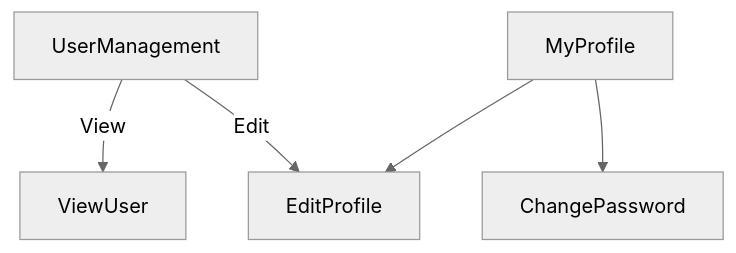
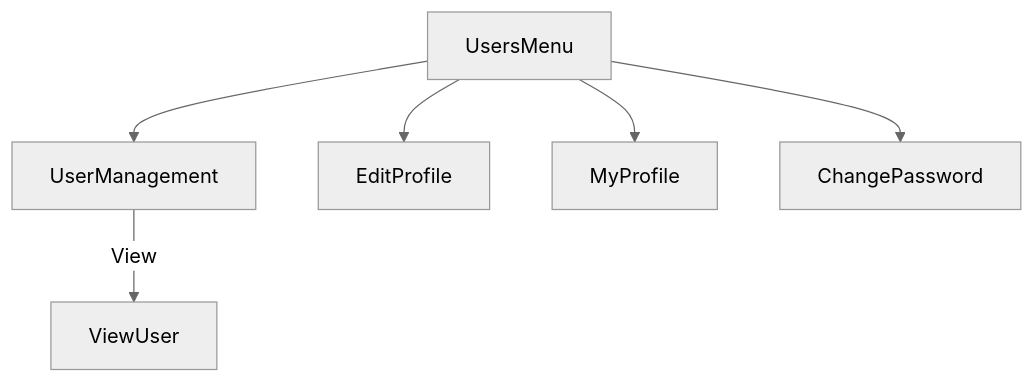
One commit to Enesbakkal/ReactBattleArena changed the third of 6 diagrams in CHECKPOINT.md. Above: the diagram before and after it, drawn with Mermaid (neutral theme). The commit also changed other lines of this file and 12 other files, not shown here.

````diff
--- a/CHECKPOINT.md
+++ b/CHECKPOINT.md
@@ -69,12 +71,14 @@
 ```mermaid
 flowchart TD
   tablo[UserManagement]
   view[ViewUser]
   edit[EditProfile]
   profil[MyProfile]
   sifre[ChangePassword]
+  menu[UsersMenu]
   tablo -->|"View"| view
-  tablo -->|"Edit"| edit
-  profil --> edit
-  profil --> sifre
+  menu --> tablo
+  menu --> profil
+  menu --> edit
+  menu --> sifre
 ```
````
